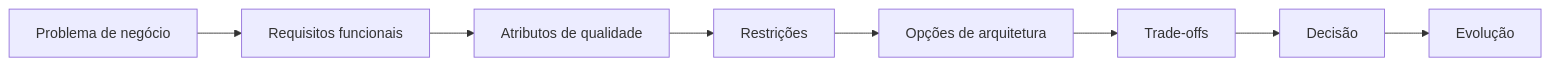
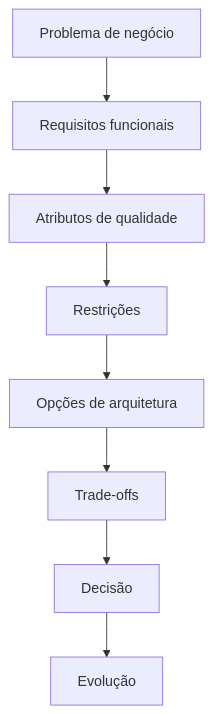
One commit to oadcavalcante/software-architecture-mastery changed the diagram in docs/intro.md. Above: the diagram before and after it, drawn with Mermaid. The commit also changed 27 other files, not shown here.

First line of the commit message:
diagramas: parenteses renderizando como &(&) e largura ilegivel no telefone

````diff
--- a/docs/intro.md
+++ b/docs/intro.md
@@ -119,10 +119,10 @@
 ```mermaid
-graph LR
+graph TB
   A[Problema de negócio] --> B[Requisitos funcionais]
   B --> C[Atributos de qualidade]
   C --> D[Restrições]
   D --> E[Opções de arquitetura]
   E --> F[Trade-offs]
   F --> G[Decisão]
   G --> H[Evolução]
 ```
````
